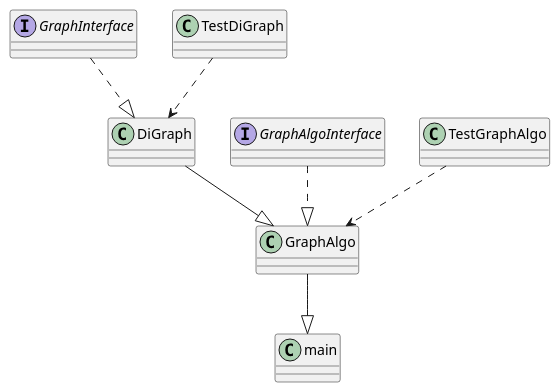
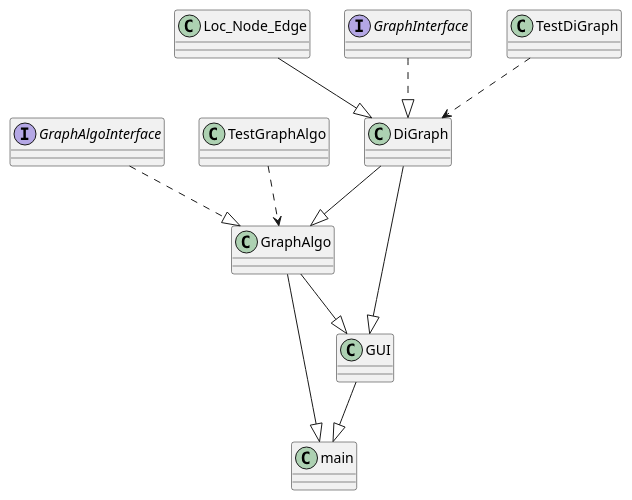
Before and after one commit to haimgoldfisher/OOP_Ex3: the diagram in diagram.puml, drawn with PlantUML. The commit also changed 2 other files, not shown here.

```diff
--- a/diagram.puml
+++ b/diagram.puml
@@ -1,46 +1,60 @@
 @startuml
 'https://plantuml.com/sequence-diagram
+
+class Loc_Node_Edge
+{
+
+}
 
 interface GraphInterface
 {
 
 }
 
 class DiGraph
 {
 
 }
 
 class TestDiGraph
 {
 
 }
 
 interface GraphAlgoInterface
 {
 
 }
 
 class GraphAlgo
 {
 
 }
 
 class TestGraphAlgo
 {
 
 }
 
+class GUI
+{
+
+}
+
 class main
 {
 
 }
 
+Loc_Node_Edge --|> DiGraph
 GraphAlgoInterface ..|> GraphAlgo
 GraphInterface ..|> DiGraph
 TestDiGraph ..> DiGraph
 DiGraph --|> GraphAlgo
 TestGraphAlgo ..> GraphAlgo
 GraphAlgo --|> main
+DiGraph --|> GUI
+GraphAlgo --|> GUI
+GUI --|> main
 
 @enduml
```
